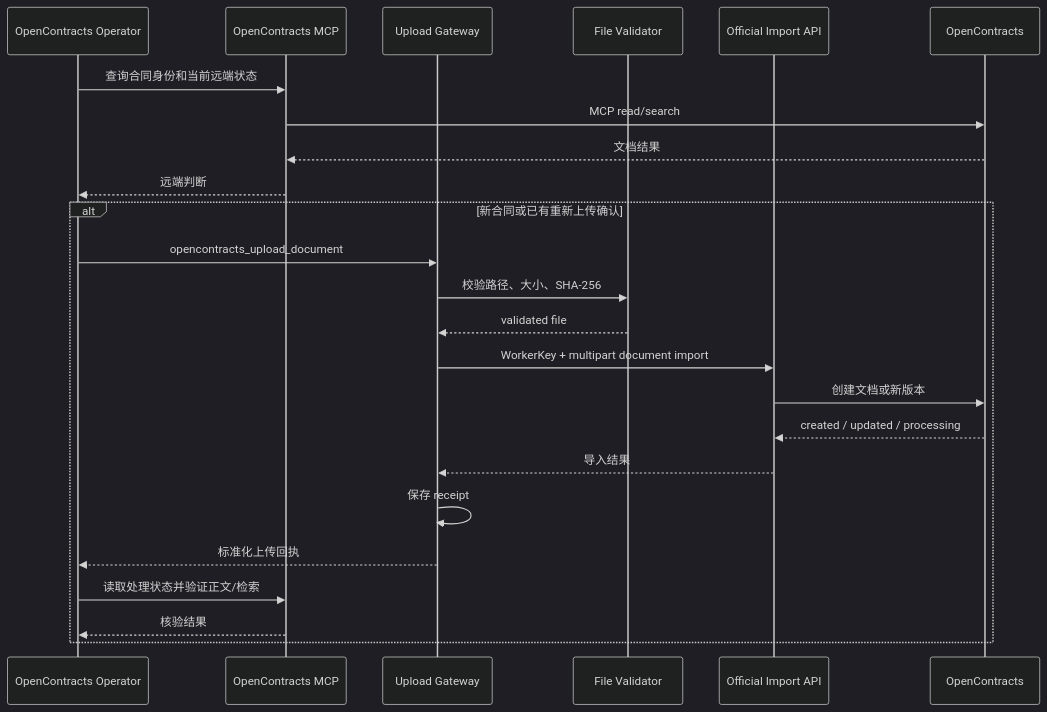
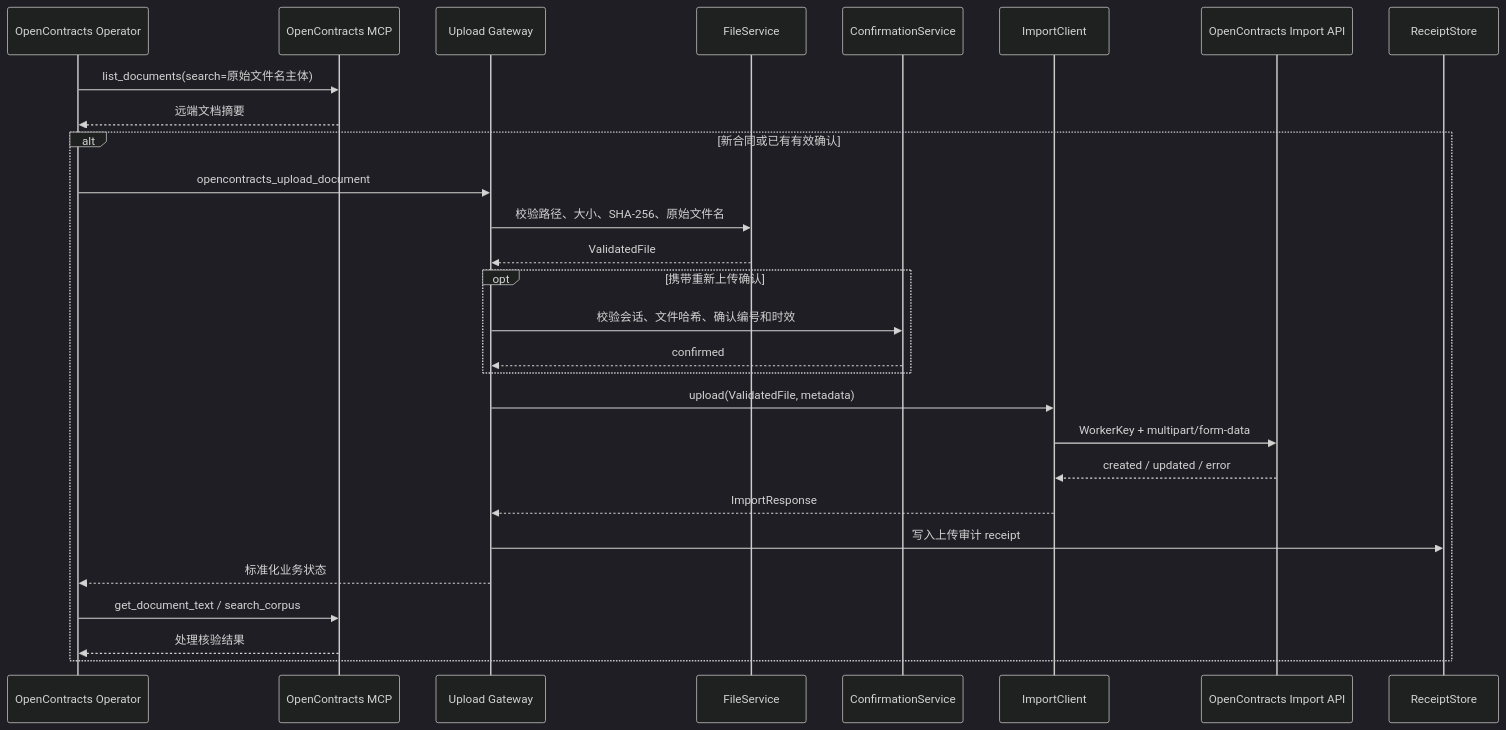
Before and after one commit to Ri0n72Y/ContractBotConfig: the second of 2 diagrams in plugins/astrbot_plugin_opencontracts_gateway/README.md, drawn with Mermaid (dark theme). The commit also changed other lines of this file and 43 other files, not shown here.

Commit message:
phase2: move OpenContracts reads to MCP and split upload gateway

````diff
--- a/plugins/astrbot_plugin_opencontracts_gateway/README.md
+++ b/plugins/astrbot_plugin_opencontracts_gateway/README.md
@@ -51,27 +45,31 @@
 ```mermaid
 sequenceDiagram
     participant O as OpenContracts Operator
     participant M as OpenContracts MCP
     participant G as Upload Gateway
-    participant V as File Validator
-    participant I as Official Import API
-    participant C as OpenContracts
+    participant V as FileService
+    participant C as ConfirmationService
+    participant I as ImportClient
+    participant API as OpenContracts Import API
+    participant R as ReceiptStore
 
-    O->>M: 查询合同身份和当前远端状态
-    M->>C: MCP read/search
-    C-->>M: 文档结果
-    M-->>O: 远端判断
-    alt 新合同或已有重新上传确认
+    O->>M: list_documents(search=原始文件名主体)
+    M-->>O: 远端文档摘要
+    alt 新合同或已有有效确认
         O->>G: opencontracts_upload_document
-        G->>V: 校验路径、大小、SHA-256
-        V-->>G: validated file
-        G->>I: WorkerKey + multipart document import
-        I->>C: 创建文档或新版本
-        C-->>I: created / updated / processing
-        I-->>G: 导入结果
-        G->>G: 保存 receipt
-        G-->>O: 标准化上传回执
-        O->>M: 读取处理状态并验证正文/检索
-        M-->>O: 核验结果
+        G->>V: 校验路径、大小、SHA-256、原始文件名
+        V-->>G: ValidatedFile
+        opt 携带重新上传确认
+            G->>C: 校验会话、文件哈希、确认编号和时效
+            C-->>G: confirmed
+        end
+        G->>I: upload(ValidatedFile, metadata)
+        I->>API: WorkerKey + multipart/form-data
+        API-->>I: created / updated / error
+        I-->>G: ImportResponse
+        G->>R: 写入上传审计 receipt
+        G-->>O: 标准化业务状态
+        O->>M: get_document_text / search_corpus
+        M-->>O: 处理核验结果
     end
 ```
````
